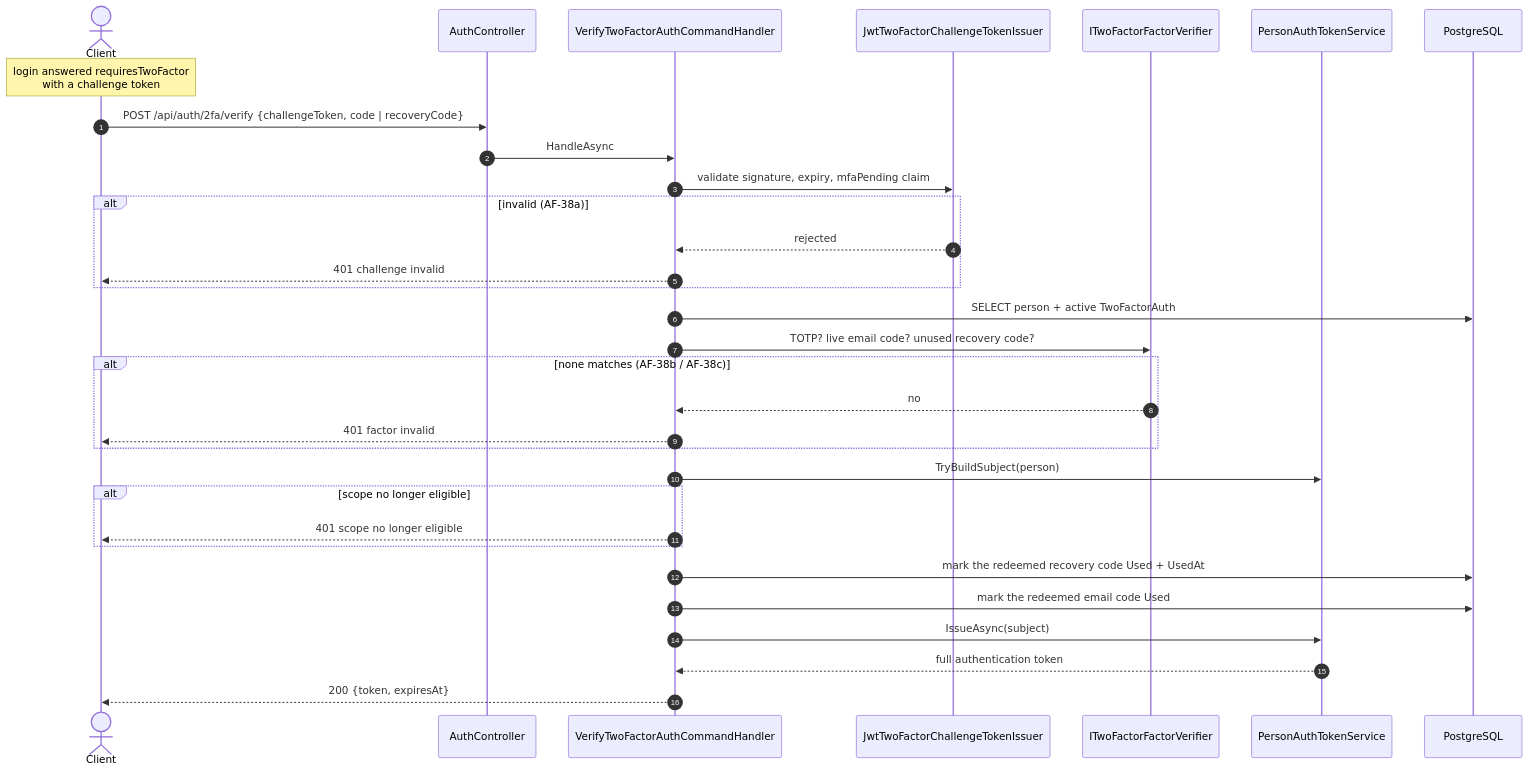
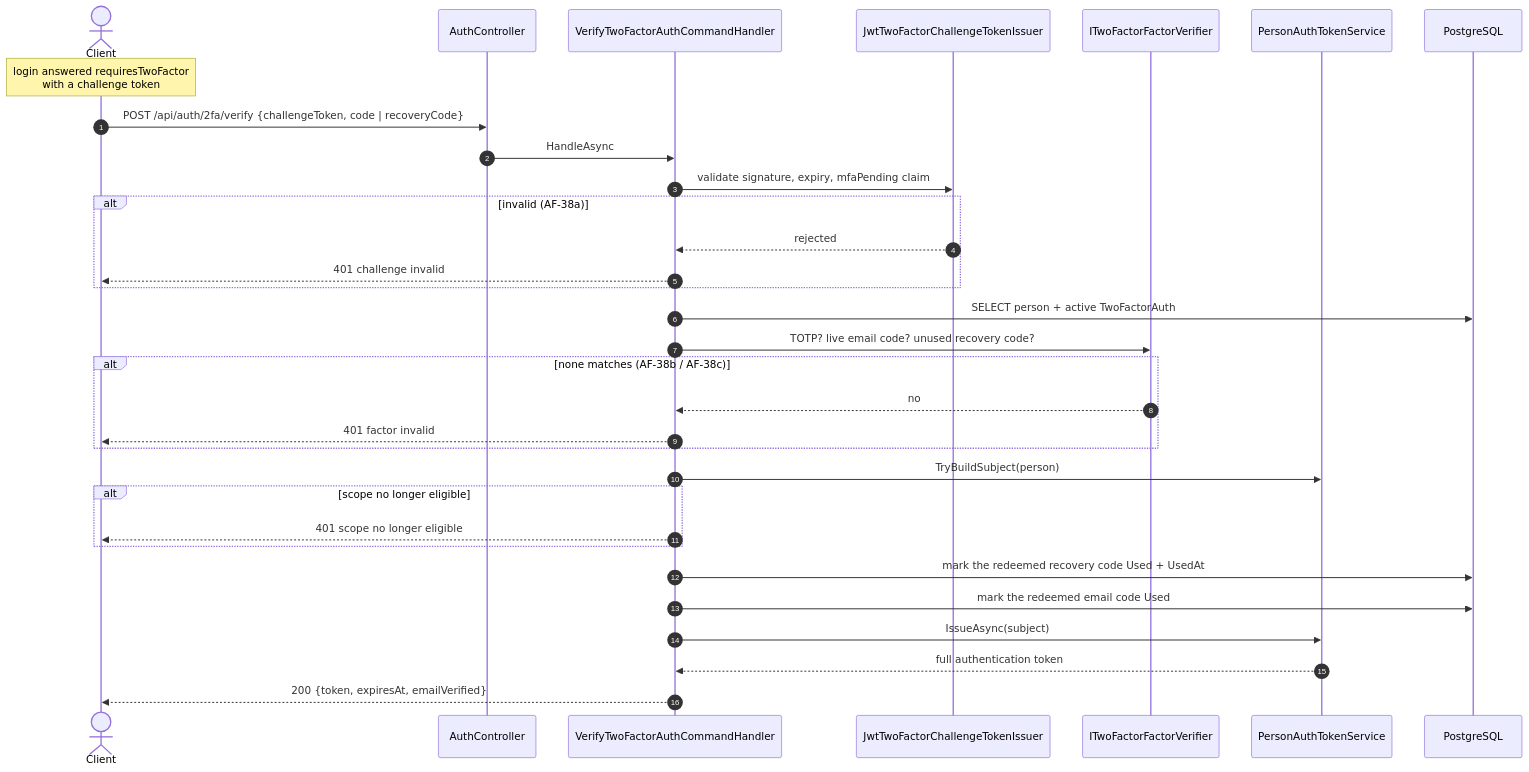
Before and after one commit to artur-rios/heimdall-api: the third of 3 diagrams in docs/content/en/docs/flows/two-factor.md, drawn with Mermaid. The commit also changed 6 other files, not shown here.

````diff
--- a/docs/content/en/docs/flows/two-factor.md
+++ b/docs/content/en/docs/flows/two-factor.md
@@ -81,39 +81,39 @@
 ```mermaid
 sequenceDiagram
     autonumber
     actor C as Client
     participant AC as AuthController
     participant VH as VerifyTwoFactorAuthCommandHandler
     participant CT as JwtTwoFactorChallengeTokenIssuer
     participant FV as ITwoFactorFactorVerifier
     participant TS as PersonAuthTokenService
     participant DB as PostgreSQL
 
     Note over C: login answered requiresTwoFactor<br/>with a challenge token
     C->>AC: POST /api/auth/2fa/verify {challengeToken, code | recoveryCode}
     AC->>VH: HandleAsync
 
     VH->>CT: validate signature, expiry, mfaPending claim
     alt invalid (AF-38a)
         CT-->>VH: rejected
         VH-->>C: 401 challenge invalid
     end
 
     VH->>DB: SELECT person + active TwoFactorAuth
     VH->>FV: TOTP? live email code? unused recovery code?
     alt none matches (AF-38b / AF-38c)
         FV-->>VH: no
         VH-->>C: 401 factor invalid
     end
 
     VH->>TS: TryBuildSubject(person)
     alt scope no longer eligible
         VH-->>C: 401 scope no longer eligible
     end
 
     VH->>DB: mark the redeemed recovery code Used + UsedAt
     VH->>DB: mark the redeemed email code Used
     VH->>TS: IssueAsync(subject)
     TS-->>VH: full authentication token
-    VH-->>C: 200 {token, expiresAt}
+    VH-->>C: 200 {token, expiresAt, emailVerified}
 ```
````
